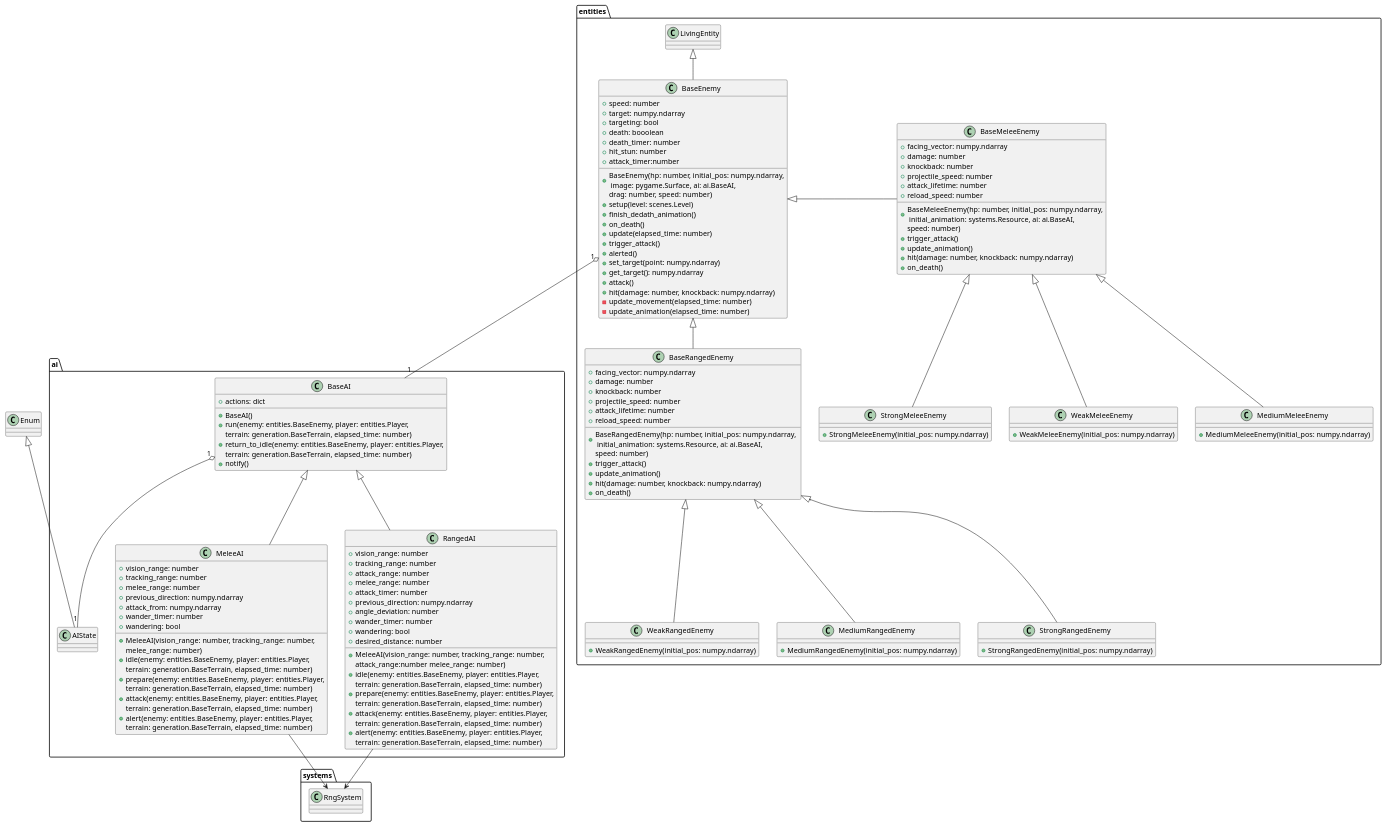
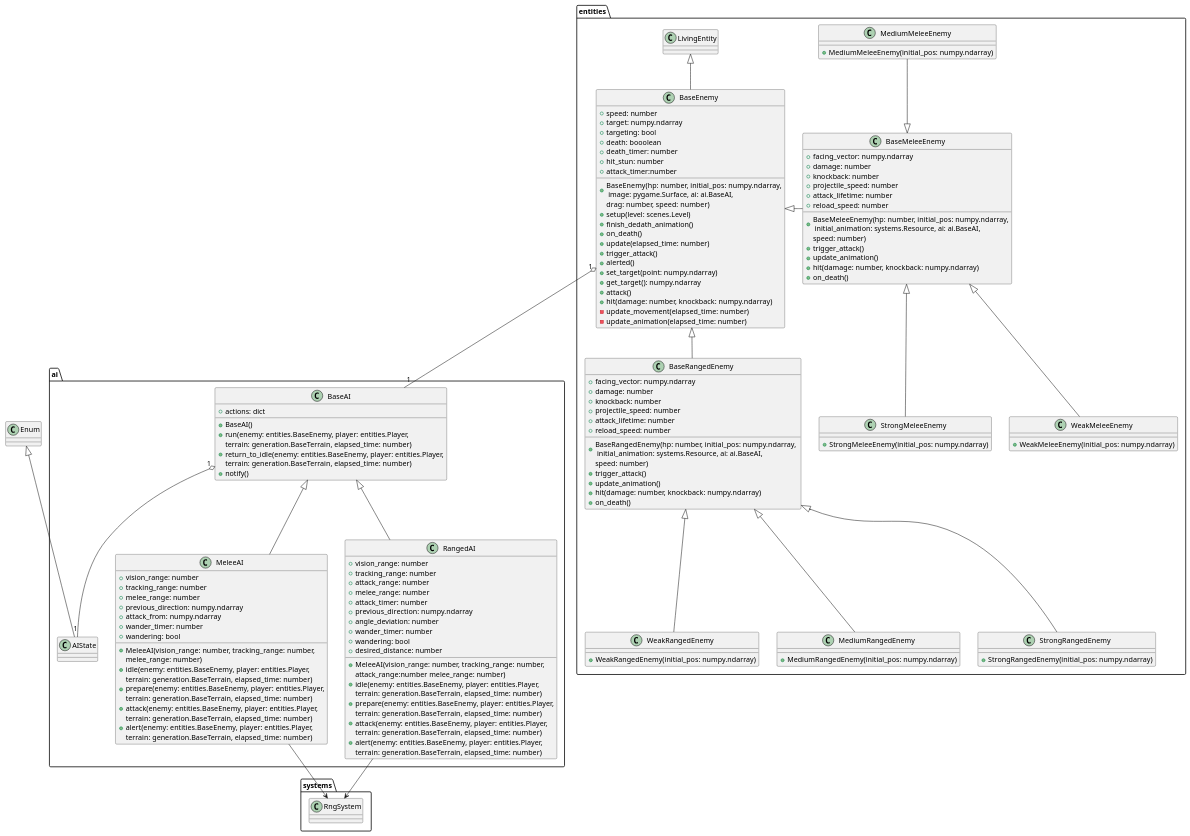
Before and after one commit to daavidrgz/galactic-gambit: the diagram in docs/diagrams/enemies.pu, drawn with PlantUML. The commit also changed 1 other file, not shown here.

```diff
--- a/docs/diagrams/enemies.pu
+++ b/docs/diagrams/enemies.pu
@@ -2,157 +2,159 @@
 @startuml enemies
 
 
 class ai.BaseAI{
     + actions: dict
 
     + BaseAI()
     + run(enemy: entities.BaseEnemy, player: entities.Player, 
         terrain: generation.BaseTerrain, elapsed_time: number)
     + return_to_idle(enemy: entities.BaseEnemy, player: entities.Player, 
         terrain: generation.BaseTerrain, elapsed_time: number)
     + notify()
 }
 ai.BaseAI "1" o-- "1" ai.AIState
 
 
 class ai.MeleeAI extends ai.BaseAI{
     + vision_range: number
     + tracking_range: number
     + melee_range: number
     + previous_direction: numpy.ndarray
     + attack_from: numpy.ndarray
     + wander_timer: number
     + wandering: bool
 
     + MeleeAI(vision_range: number, tracking_range: number,
          melee_range: number)
     + idle(enemy: entities.BaseEnemy, player: entities.Player, 
         terrain: generation.BaseTerrain, elapsed_time: number)
     + prepare(enemy: entities.BaseEnemy, player: entities.Player, 
         terrain: generation.BaseTerrain, elapsed_time: number)
     + attack(enemy: entities.BaseEnemy, player: entities.Player, 
         terrain: generation.BaseTerrain, elapsed_time: number)
     + alert(enemy: entities.BaseEnemy, player: entities.Player, 
         terrain: generation.BaseTerrain, elapsed_time: number)
 }
 
 ai.MeleeAI --> systems.RngSystem
 
 class ai.RangedAI extends ai.BaseAI{
     + vision_range: number
     + tracking_range: number
     + attack_range: number
     + melee_range: number
     + attack_timer: number
     + previous_direction: numpy.ndarray
     + angle_deviation: number
     + wander_timer: number
     + wandering: bool
     + desired_distance: number
 
     + MeleeAI(vision_range: number, tracking_range: number,
         attack_range:number melee_range: number)
     + idle(enemy: entities.BaseEnemy, player: entities.Player, 
         terrain: generation.BaseTerrain, elapsed_time: number)
     + prepare(enemy: entities.BaseEnemy, player: entities.Player, 
         terrain: generation.BaseTerrain, elapsed_time: number)
     + attack(enemy: entities.BaseEnemy, player: entities.Player, 
         terrain: generation.BaseTerrain, elapsed_time: number)
     + alert(enemy: entities.BaseEnemy, player: entities.Player, 
         terrain: generation.BaseTerrain, elapsed_time: number)
 }
 
 ai.RangedAI --> systems.RngSystem
 
 
 class ai.AIState extends Enum{}
 
 class entities.BaseEnemy extends entities.LivingEntity{
     + speed: number
     + target: numpy.ndarray
     + targeting: bool
     + death: booolean
     + death_timer: number
     + hit_stun: number
     + attack_timer:number
 
     + BaseEnemy(hp: number, initial_pos: numpy.ndarray,\n image: pygame.Surface, ai: ai.BaseAI,
         drag: number, speed: number)
     + setup(level: scenes.Level)
     + finish_dedath_animation()
     + on_death()
     + update(elapsed_time: number)
     + trigger_attack()
     + alerted()
     + set_target(point: numpy.ndarray)
     + get_target(): numpy.ndarray
     + attack()
     + hit(damage: number, knockback: numpy.ndarray)
     - update_movement(elapsed_time: number)
     - update_animation(elapsed_time: number)
 }
 
-entities.BaseEnemy "1" o-- "1" ai.BaseAI
+entities.BaseEnemy "1" o-down- "1" ai.BaseAI
 
 class entities.BaseRangedEnemy extends entities.BaseEnemy{
     + facing_vector: numpy.ndarray
     + damage: number
     + knockback: number
     + projectile_speed: number
     + attack_lifetime: number
     + reload_speed: number
 
     + BaseRangedEnemy(hp: number, initial_pos: numpy.ndarray, \n initial_animation: systems.Resource, ai: ai.BaseAI,
         speed: number)
     + trigger_attack()
     + update_animation()
     + hit(damage: number, knockback: numpy.ndarray)
     + on_death()
 }
 
 
 class entities.WeakRangedEnemy extends entities.BaseRangedEnemy{
     + WeakRangedEnemy(initial_pos: numpy.ndarray)
 }
 
 class entities.MediumRangedEnemy extends entities.BaseRangedEnemy{
     + MediumRangedEnemy(initial_pos: numpy.ndarray)
 }
 
 class entities.StrongRangedEnemy extends entities.BaseRangedEnemy{
     + StrongRangedEnemy(initial_pos: numpy.ndarray)
 }
 
 class entities.BaseMeleeEnemy{
     + facing_vector: numpy.ndarray
     + damage: number
     + knockback: number
     + projectile_speed: number
     + attack_lifetime: number
     + reload_speed: number
 
     + BaseMeleeEnemy(hp: number, initial_pos: numpy.ndarray,\n initial_animation: systems.Resource, ai: ai.BaseAI,
         speed: number)
     + trigger_attack()
     + update_animation()
     + hit(damage: number, knockback: numpy.ndarray)
     + on_death()
 }
 
-entities.BaseMeleeEnemy -right-|> entities.BaseEnemy
+entities.BaseMeleeEnemy -left-|> entities.BaseEnemy
 
 class entities.WeakMeleeEnemy extends entities.BaseMeleeEnemy{
     + WeakMeleeEnemy(initial_pos: numpy.ndarray)
 }
 
-class entities.MediumMeleeEnemy extends entities.BaseMeleeEnemy{
+class entities.MediumMeleeEnemy{
     + MediumMeleeEnemy(initial_pos: numpy.ndarray)
 }
+
+entities.MediumMeleeEnemy -down-|> entities.BaseMeleeEnemy
 
 class entities.StrongMeleeEnemy extends entities.BaseMeleeEnemy{
     + StrongMeleeEnemy(initial_pos: numpy.ndarray)
 }
 
 
 
 @enduml
```
